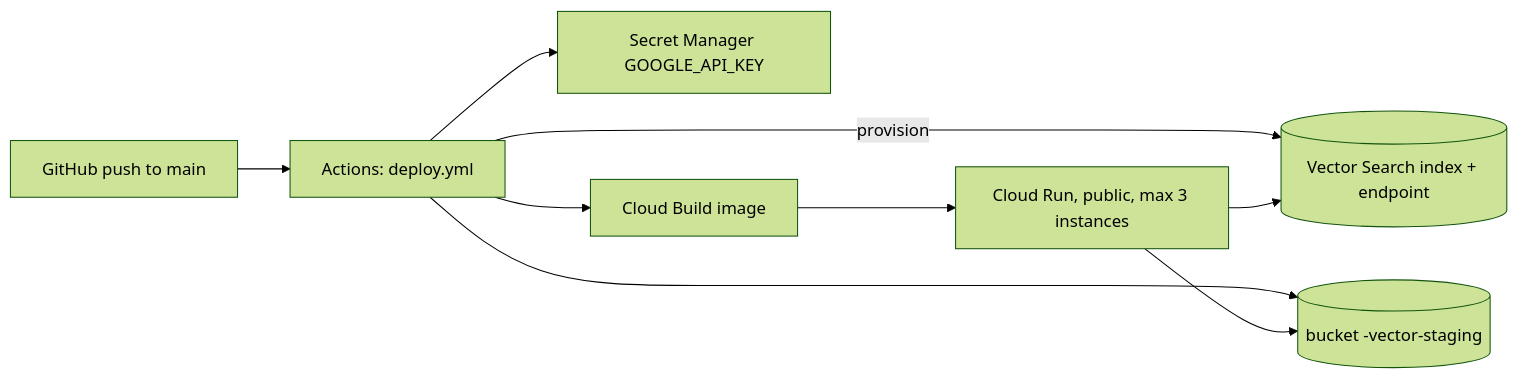
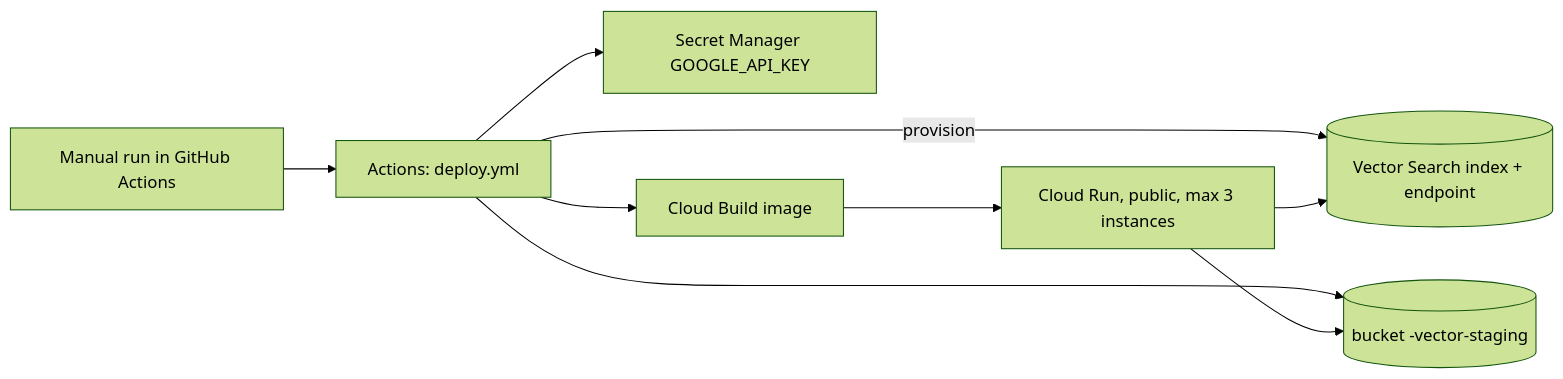
The eighth of 8 diagrams in docs/ARCHITECTURE.md (mayankchugh-learning/AgenticAI_ProjectWith_MCP), drawn with Mermaid (forest theme) before and after one commit. The commit also changed other lines of this file and 10 other files, not shown here.

````diff
--- a/docs/ARCHITECTURE.md
+++ b/docs/ARCHITECTURE.md
@@ -189,10 +189,10 @@
 ```mermaid
 flowchart LR
-  GH[GitHub push to main] --> GA[Actions: deploy.yml]
+  GH[Manual run in GitHub Actions] --> GA[Actions: deploy.yml]
   GA -->|provision| IDX[(Vector Search index + endpoint)]
   GA --> BKT[(bucket <project>-vector-staging)]
   GA --> SM[Secret Manager GOOGLE_API_KEY]
   GA --> CB[Cloud Build image] --> CR[Cloud Run, public, max 3 instances]
   CR --> IDX
   CR --> BKT
 ```
````
